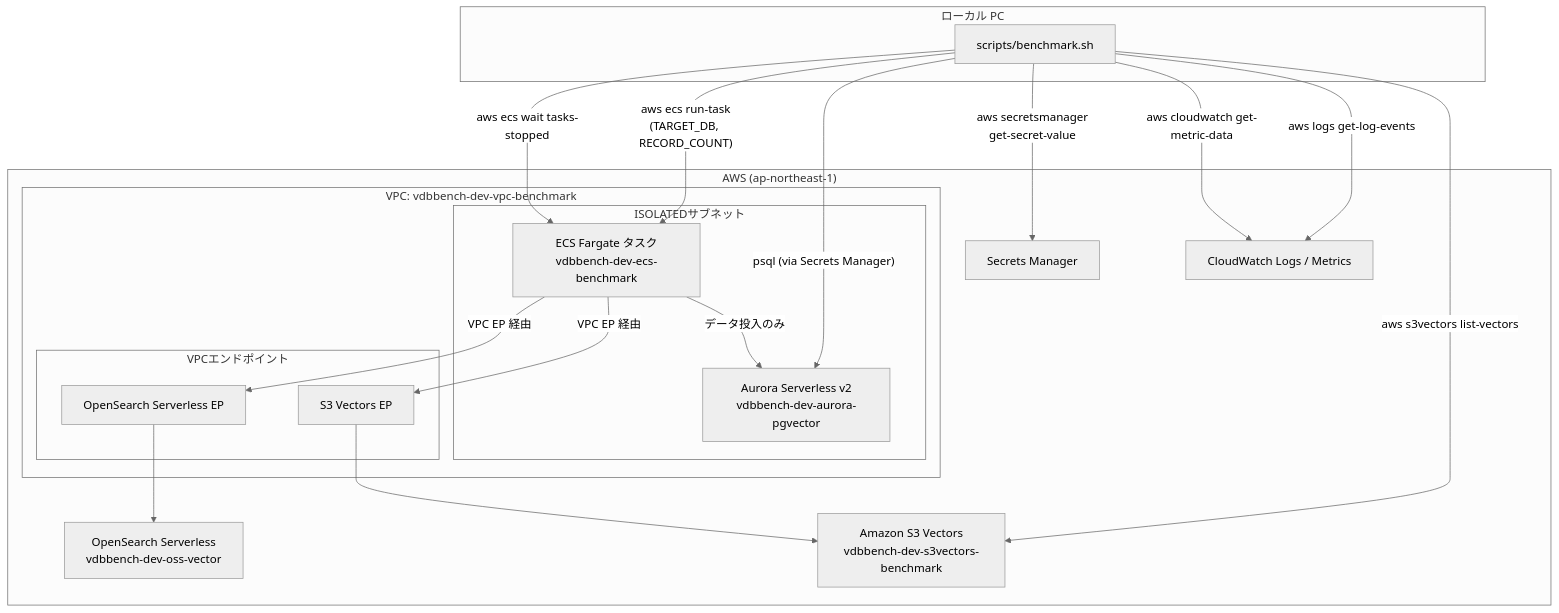
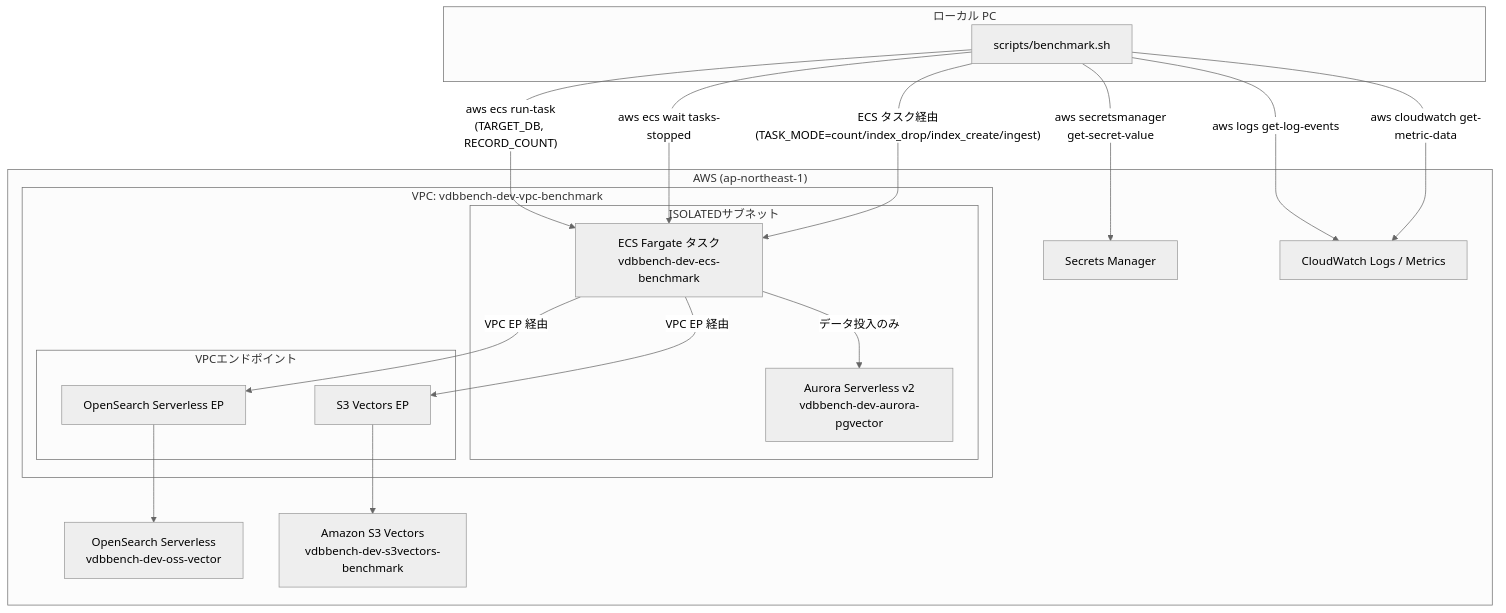
Before and after one commit to satoshi256kbyte/vector-db-benchmark: the first of 2 diagrams in .kiro/specs/04-benchmark-shell-script/design.md, drawn with Mermaid (neutral theme). The commit also changed other lines of this file and 8 other files, not shown here.

First line of the commit message:
feat(benchmark-shell-script): Migrate Aurora operations from psql to ECS task mode

````diff
--- a/.kiro/specs/04-benchmark-shell-script/design.md
+++ b/.kiro/specs/04-benchmark-shell-script/design.md
@@ -24,36 +24,35 @@
 ```mermaid
 graph TB
     subgraph LocalPC["ローカル PC"]
         Script["scripts/benchmark.sh"]
     end
 
     subgraph AWS["AWS (ap-northeast-1)"]
         subgraph VPC["VPC: vdbbench-dev-vpc-benchmark"]
             subgraph PrivateSubnet["ISOLATEDサブネット"]
                 ECS["ECS Fargate タスク<br/>vdbbench-dev-ecs-benchmark"]
                 Aurora["Aurora Serverless v2<br/>vdbbench-dev-aurora-pgvector"]
             end
             subgraph VPCEndpoints["VPCエンドポイント"]
                 EP_OS["OpenSearch Serverless EP"]
                 EP_S3V["S3 Vectors EP"]
             end
         end
 
         OSS["OpenSearch Serverless<br/>vdbbench-dev-oss-vector"]
         S3V["Amazon S3 Vectors<br/>vdbbench-dev-s3vectors-benchmark"]
         SM["Secrets Manager"]
         CW["CloudWatch Logs / Metrics"]
     end
 
     Script -->|"aws ecs run-task<br/>(TARGET_DB, RECORD_COUNT)"| ECS
     Script -->|"aws ecs wait tasks-stopped"| ECS
-    Script -->|"psql (via Secrets Manager)"| Aurora
-    Script -->|"aws s3vectors list-vectors"| S3V
+    Script -->|"ECS タスク経由<br/>(TASK_MODE=count/index_drop/index_create/ingest)"| ECS
     Script -->|"aws logs get-log-events"| CW
     Script -->|"aws cloudwatch get-metric-data"| CW
     Script -->|"aws secretsmanager<br/>get-secret-value"| SM
 
     ECS -->|"データ投入のみ"| Aurora
     ECS -->|"VPC EP 経由"| EP_OS --> OSS
     ECS -->|"VPC EP 経由"| EP_S3V --> S3V
 ```
````
